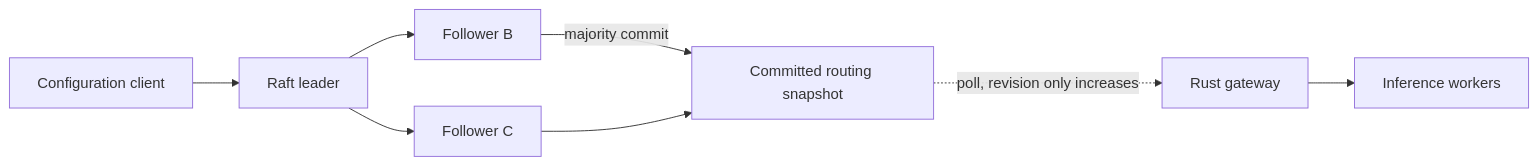
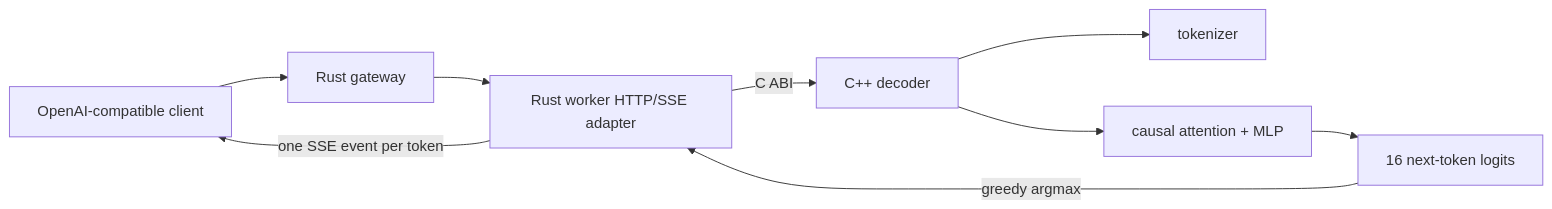
One commit to conan505/inferLab changed the diagram in README.md. Above: the diagram before and after it, drawn with Mermaid. The commit also changed other lines of this file and 40 other files, not shown here.

````diff
--- a/README.md
+++ b/README.md
@@ -14,10 +14,11 @@
 ```mermaid
 flowchart LR
-    O["Configuration client"] --> L["Raft leader"]
-    L --> B["Follower B"]
-    L --> C["Follower C"]
-    B -->|"majority commit"| S["Committed routing snapshot"]
-    C --> S
-    S -. "poll, revision only increases" .-> G["Rust gateway"]
-    G --> W["Inference workers"]
+    C["OpenAI-compatible client"] --> G["Rust gateway"]
+    G --> H["Rust worker HTTP/SSE adapter"]
+    H -->|"C ABI"| D["C++ decoder"]
+    D --> T["tokenizer"]
+    D --> A["causal attention + MLP"]
+    A --> L["16 next-token logits"]
+    L -->|"greedy argmax"| H
+    H -->|"one SSE event per token"| C
 ```
````
